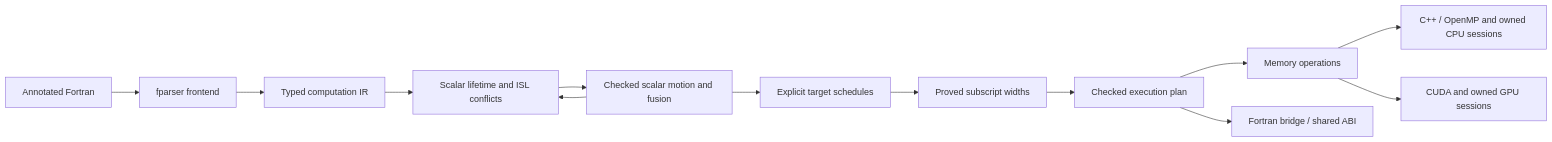
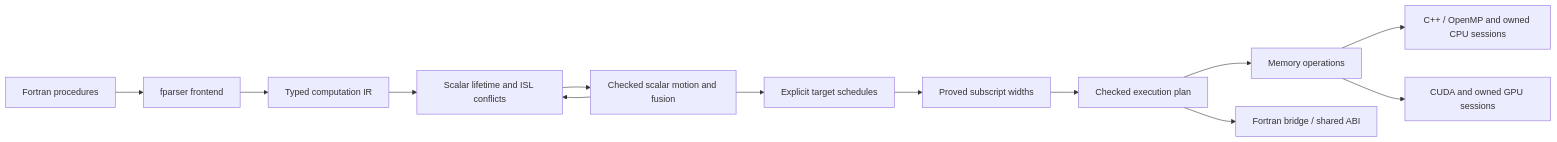
One commit to jiriklepl/fortran-to-cuda changed the diagram in compiler/README.md. Above: the diagram before and after it, drawn with Mermaid. The commit also changed other lines of this file and 5 other files, not shown here.

````diff
--- a/compiler/README.md
+++ b/compiler/README.md
@@ -7,15 +7,15 @@
 ```mermaid
 flowchart LR
-    F[Annotated Fortran] --> P[fparser frontend]
+    F[Fortran procedures] --> P[fparser frontend]
     P --> I[Typed computation IR]
     I --> A[Scalar lifetime and ISL conflicts]
     A --> T[Checked scalar motion and fusion]
     T --> A
     T --> S[Explicit target schedules]
     S --> D[Proved subscript widths]
     D --> E[Checked execution plan]
     E --> M[Memory operations]
     M --> C[C++ / OpenMP and owned CPU sessions]
     M --> G[CUDA and owned GPU sessions]
     E --> B[Fortran bridge / shared ABI]
 ```
````
